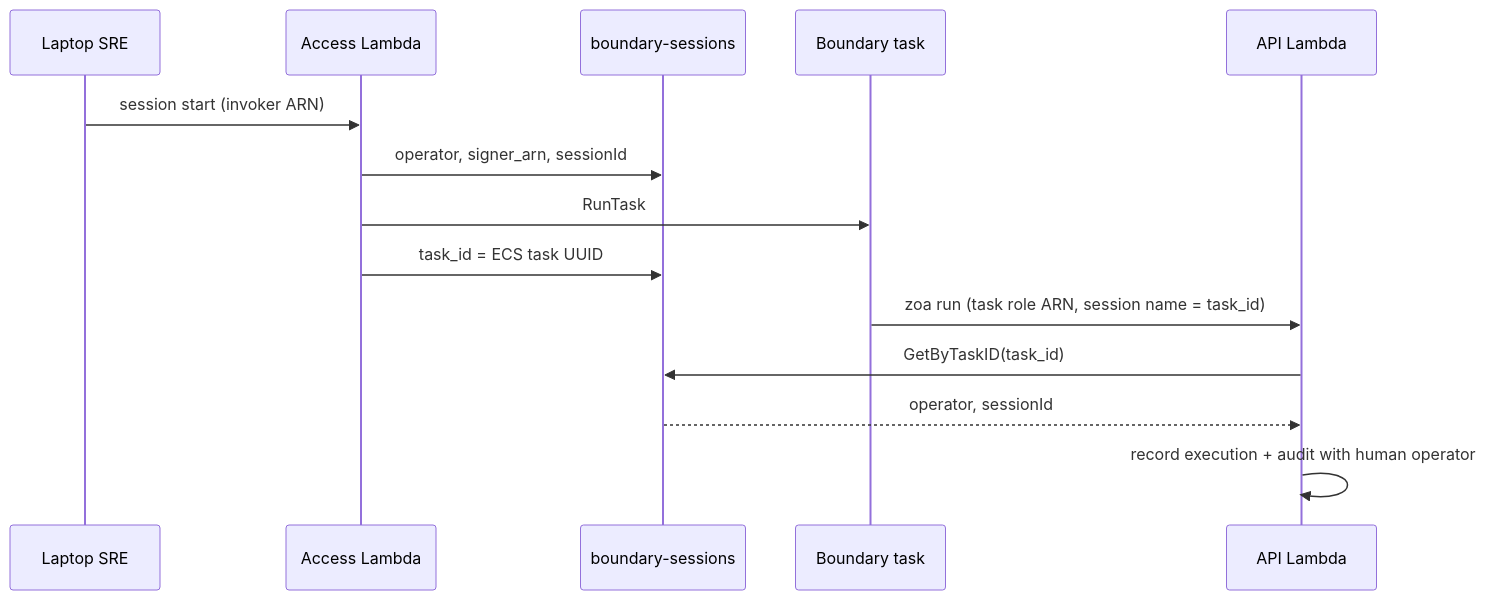
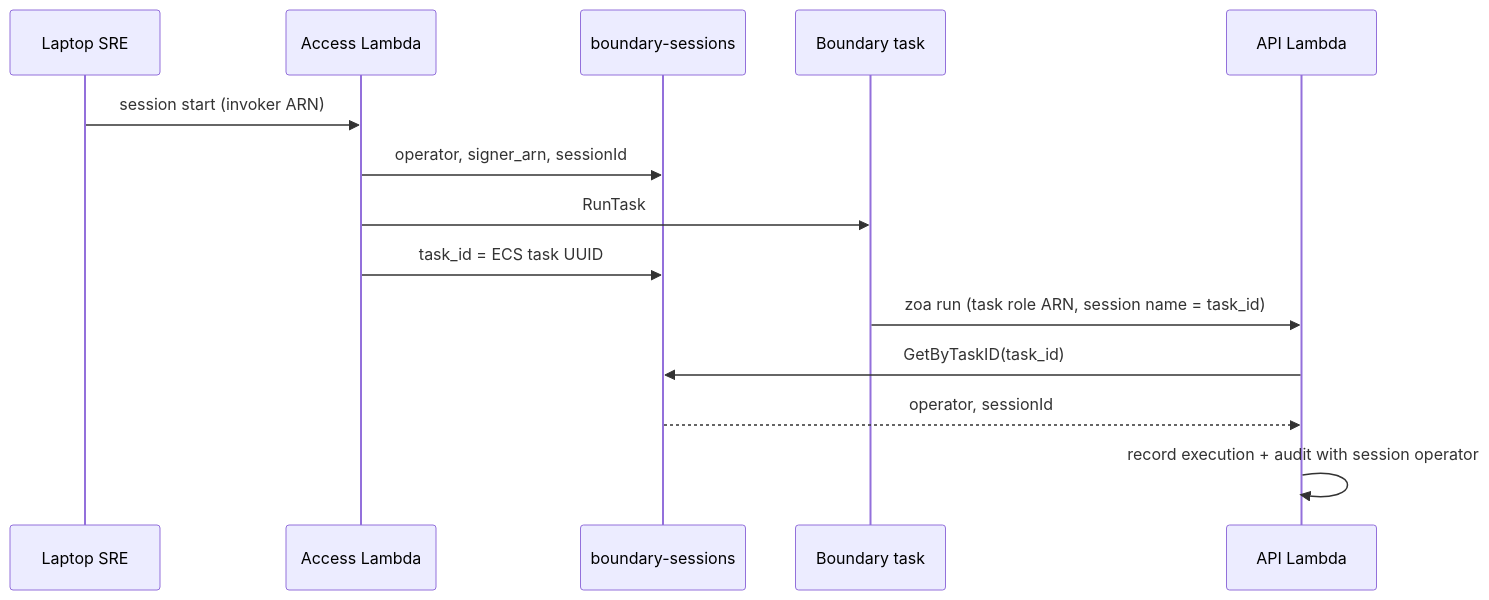
Before and after one commit to Alcamech/rosa-hyperfleet-zoa: the second of 2 diagrams in docs/boundary/identity-bridge.md, drawn with Mermaid. The commit also changed other lines of this file and 7 other files, not shown here.

First line of the commit message:
ROSAENG-68805 | docs(boundary): identity bridge IAM model and execution session_id

````diff
--- a/docs/boundary/identity-bridge.md
+++ b/docs/boundary/identity-bridge.md
@@ -60,17 +90,17 @@
 ```mermaid
 sequenceDiagram
   participant SRE as Laptop SRE
   participant Access as Access Lambda
   participant DDB as boundary-sessions
   participant Task as Boundary task
   participant API as API Lambda
 
   SRE->>Access: session start (invoker ARN)
   Access->>DDB: operator, signer_arn, sessionId
   Access->>Task: RunTask
   Access->>DDB: task_id = ECS task UUID
   Task->>API: zoa run (task role ARN, session name = task_id)
   API->>DDB: GetByTaskID(task_id)
   DDB-->>API: operator, sessionId
-  API->>API: record execution + audit with human operator
+  API->>API: record execution + audit with session operator
 ```
````
